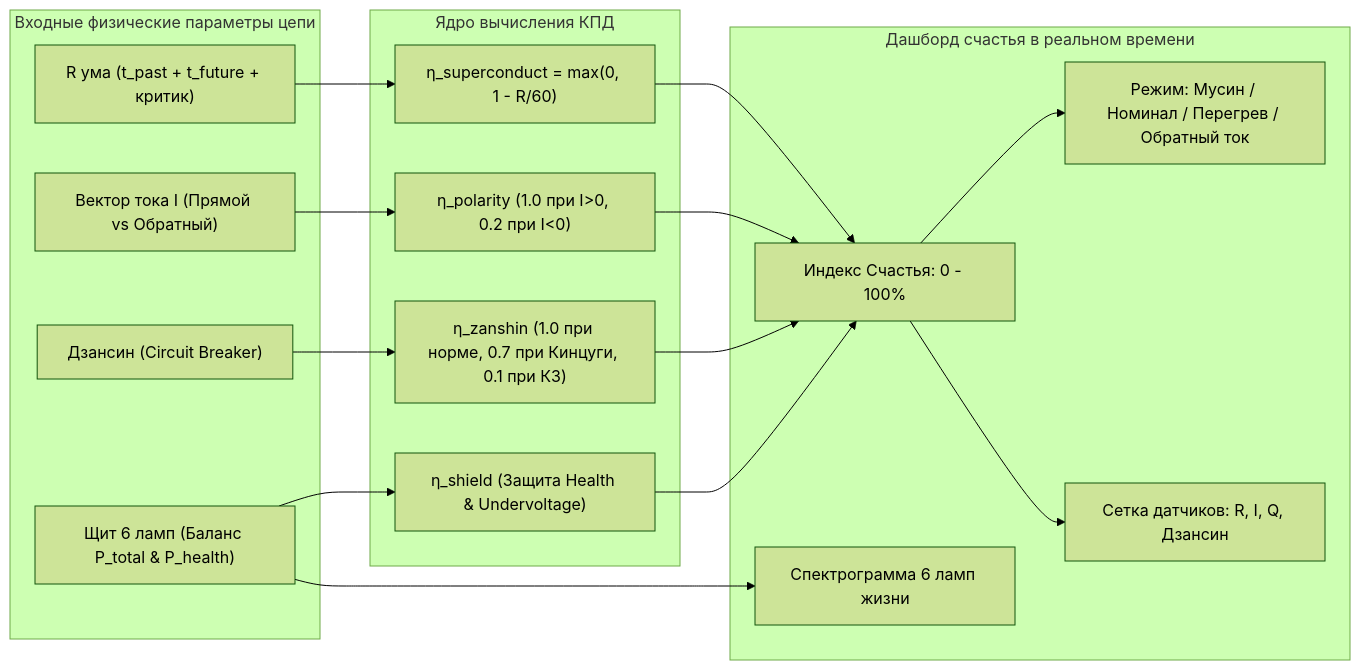
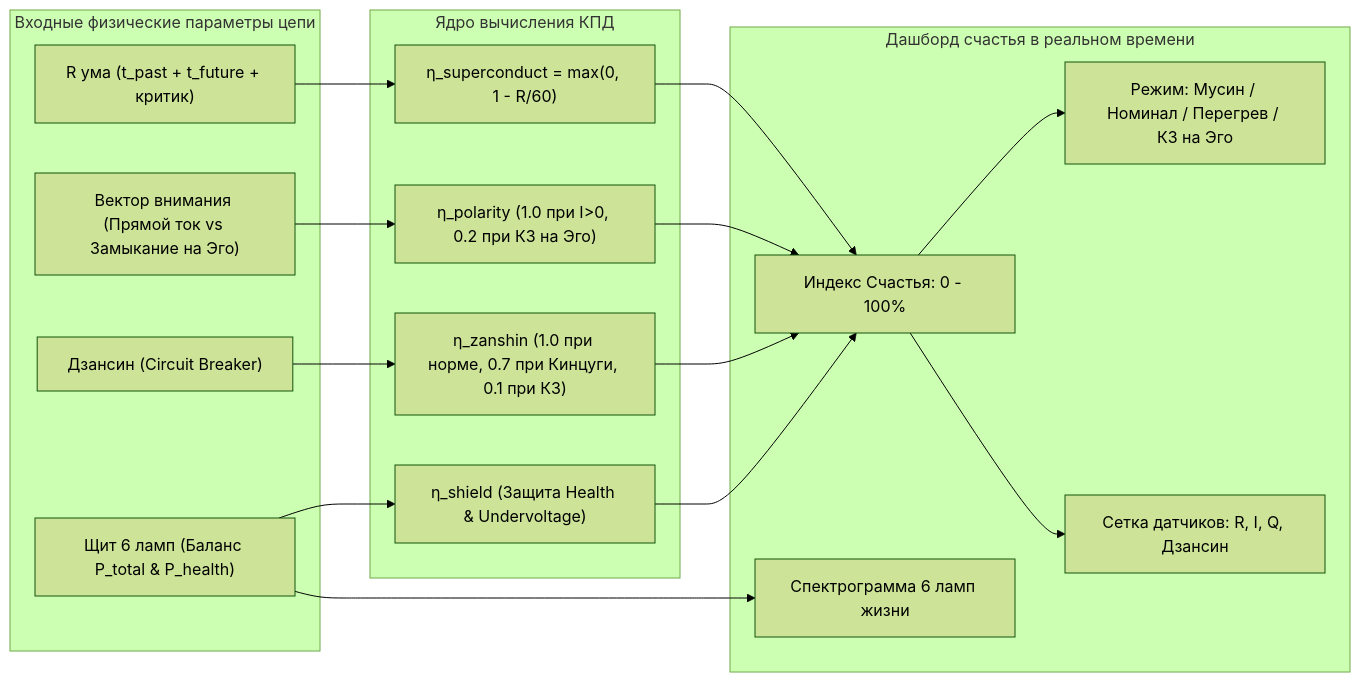
The diagram in wiki/16-happiness-dashboard-and-superconductivity-telemetry.md (vsanyanov-ux/inner-current), drawn with Mermaid (forest theme) before and after one commit. The commit also changed other lines of this file and 81 other files, not shown here.

Commit message:
feat(core): v1.4.0 - Zen architecture refactoring, pure physics engine, telemetry validation and domain registries

````diff
--- a/wiki/16-happiness-dashboard-and-superconductivity-telemetry.md
+++ b/wiki/16-happiness-dashboard-and-superconductivity-telemetry.md
@@ -29,37 +29,37 @@
 ```mermaid
 flowchart LR
     subgraph Inputs ["Входные физические параметры цепи"]
         R["R ума (t_past + t_future + критик)"]
-        I["Вектор тока I (Прямой vs Обратный)"]
+        I["Вектор внимания (Прямой ток vs Замыкание на Эго)"]
         Breaker["Дзансин (Circuit Breaker)"]
         Shield["Щит 6 ламп (Баланс P_total & P_health)"]
     end
 
     subgraph Formula ["Ядро вычисления КПД"]
         EtaR["η_superconduct = max(0, 1 - R/60)"]
-        EtaI["η_polarity (1.0 при I>0, 0.2 при I<0)"]
+        EtaI["η_polarity (1.0 при I>0, 0.2 при КЗ на Эго)"]
         EtaZ["η_zanshin (1.0 при норме, 0.7 при Кинцуги, 0.1 при КЗ)"]
         EtaS["η_shield (Защита Health & Undervoltage)"]
     end
 
     subgraph HUD ["Дашборд счастья в реальном времени"]
         HScore["Индекс Счастья: 0 - 100%"]
-        Mode["Режим: Мусин / Номинал / Перегрев / Обратный ток"]
+        Mode["Режим: Мусин / Номинал / Перегрев / КЗ на Эго"]
         Sensors["Сетка датчиков: R, I, Q, Дзансин"]
         Eq["Спектрограмма 6 ламп жизни"]
     end
 
     R --> EtaR
     I --> EtaI
     Breaker --> EtaZ
     Shield --> EtaS
 
     EtaR --> HScore
     EtaI --> HScore
     EtaZ --> HScore
     EtaS --> HScore
 
     HScore --> Mode
     HScore --> Sensors
     Shield --> Eq
 ```
````
